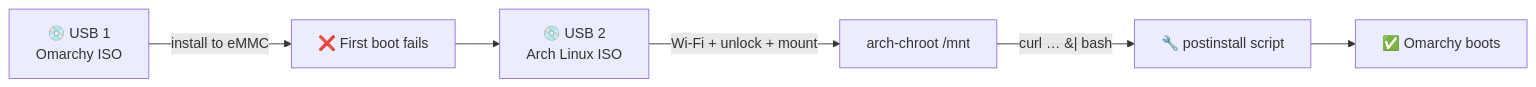
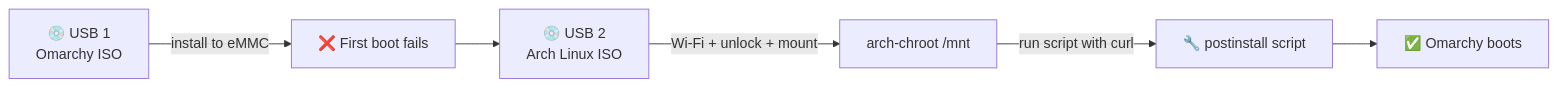
One commit to kevinnguyenhoang91/omarchy-baytrail-post-installation changed the diagram in README.md. Above: the diagram before and after it, drawn with Mermaid. The commit also changed other lines of this file and 6 other files, not shown here.

First line of the commit message:
docs: add CONTRIBUTING, issue & PR templates; fix diagram (#1)

````diff
--- a/README.md
+++ b/README.md
@@ -63,8 +63,8 @@
 ```mermaid
 flowchart LR
     A[💿 USB 1<br/>Omarchy ISO] -->|install to eMMC| B[❌ First boot fails]
     B --> C[💿 USB 2<br/>Arch Linux ISO]
     C -->|Wi-Fi + unlock + mount| D[arch-chroot /mnt]
-    D -->|curl … &#124; bash| E[🔧 postinstall script]
+    D -->|run script with curl| E[🔧 postinstall script]
     E --> F[✅ Omarchy boots]
 ```
````
